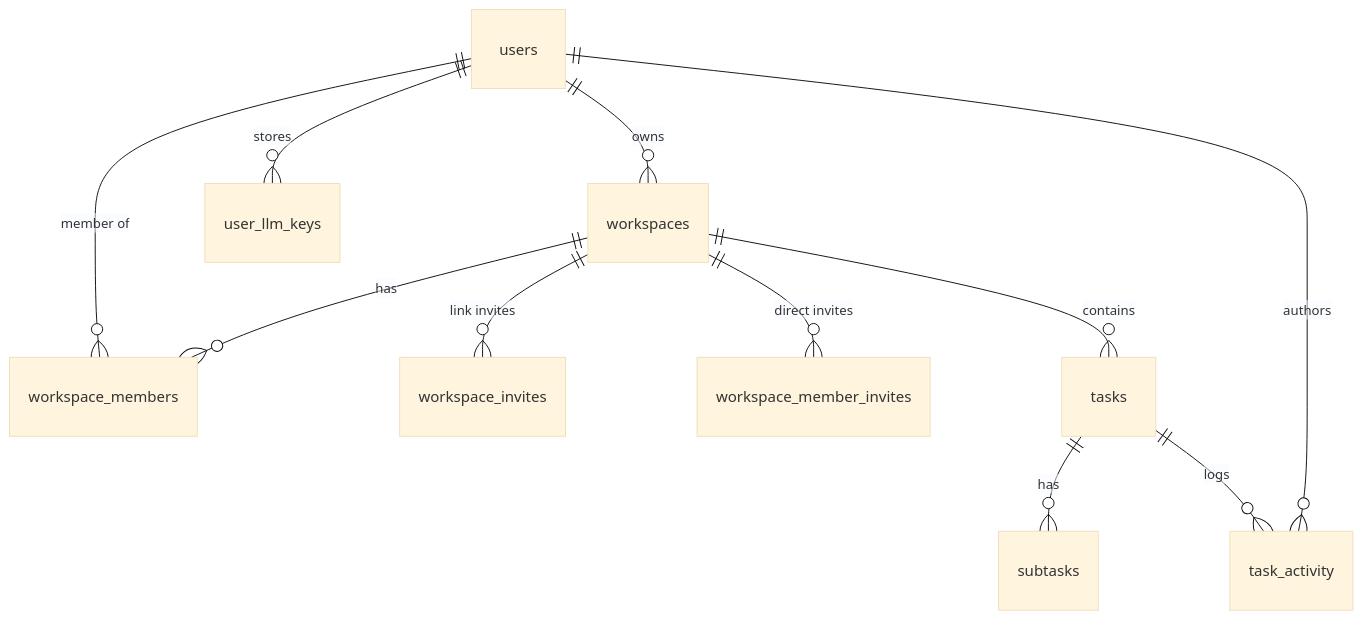
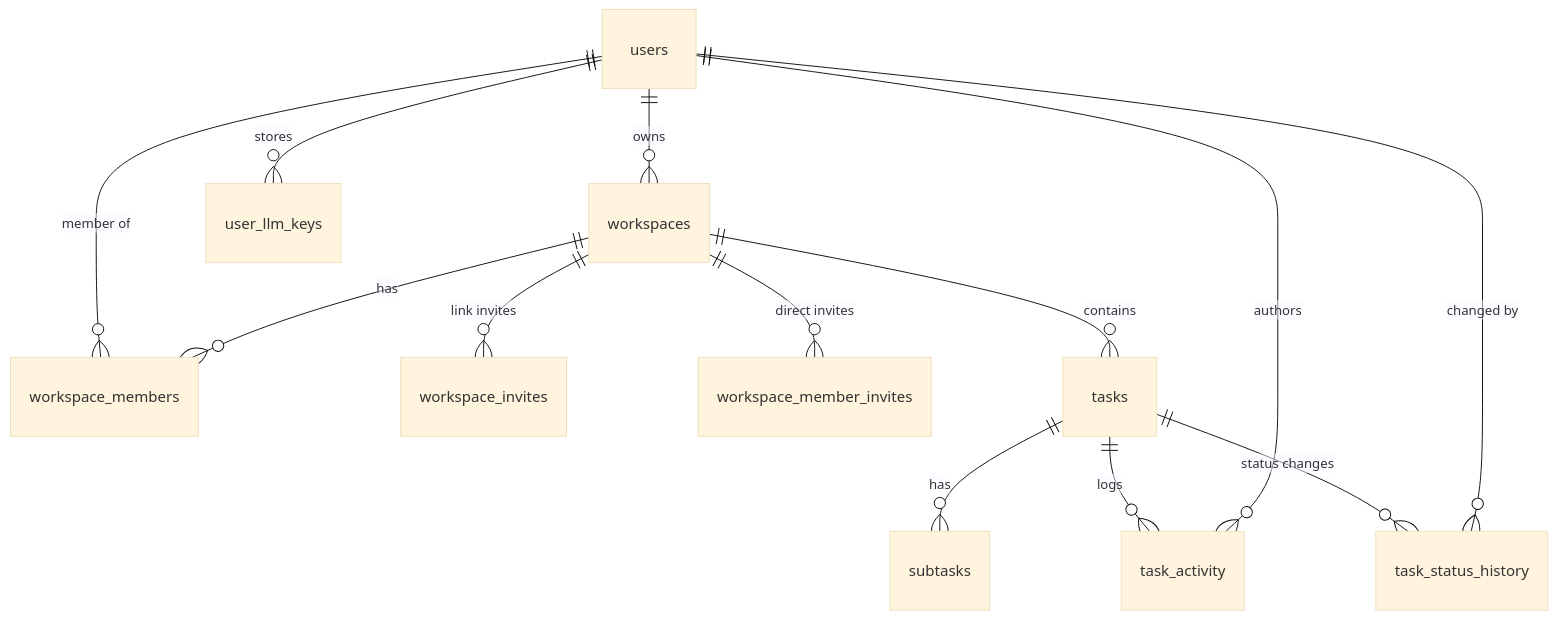
Before and after one commit to Shadowgraph-1/project-K: the first of 3 diagrams in README.md, drawn with Mermaid (base theme). The commit also changed other lines of this file and 172 other files, not shown here.

````diff
--- a/README.md
+++ b/README.md
@@ -164,13 +175,15 @@
 ```mermaid
 erDiagram
   users ||--o{ workspaces : owns
   users ||--o{ workspace_members : "member of"
   workspaces ||--o{ workspace_members : has
   workspaces ||--o{ workspace_invites : "link invites"
   workspaces ||--o{ workspace_member_invites : "direct invites"
   workspaces ||--o{ tasks : contains
   tasks ||--o{ subtasks : has
   tasks ||--o{ task_activity : logs
+  tasks ||--o{ task_status_history : "status changes"
   users ||--o{ task_activity : authors
+  users ||--o{ task_status_history : "changed by"
   users ||--o{ user_llm_keys : stores
 ```
````
